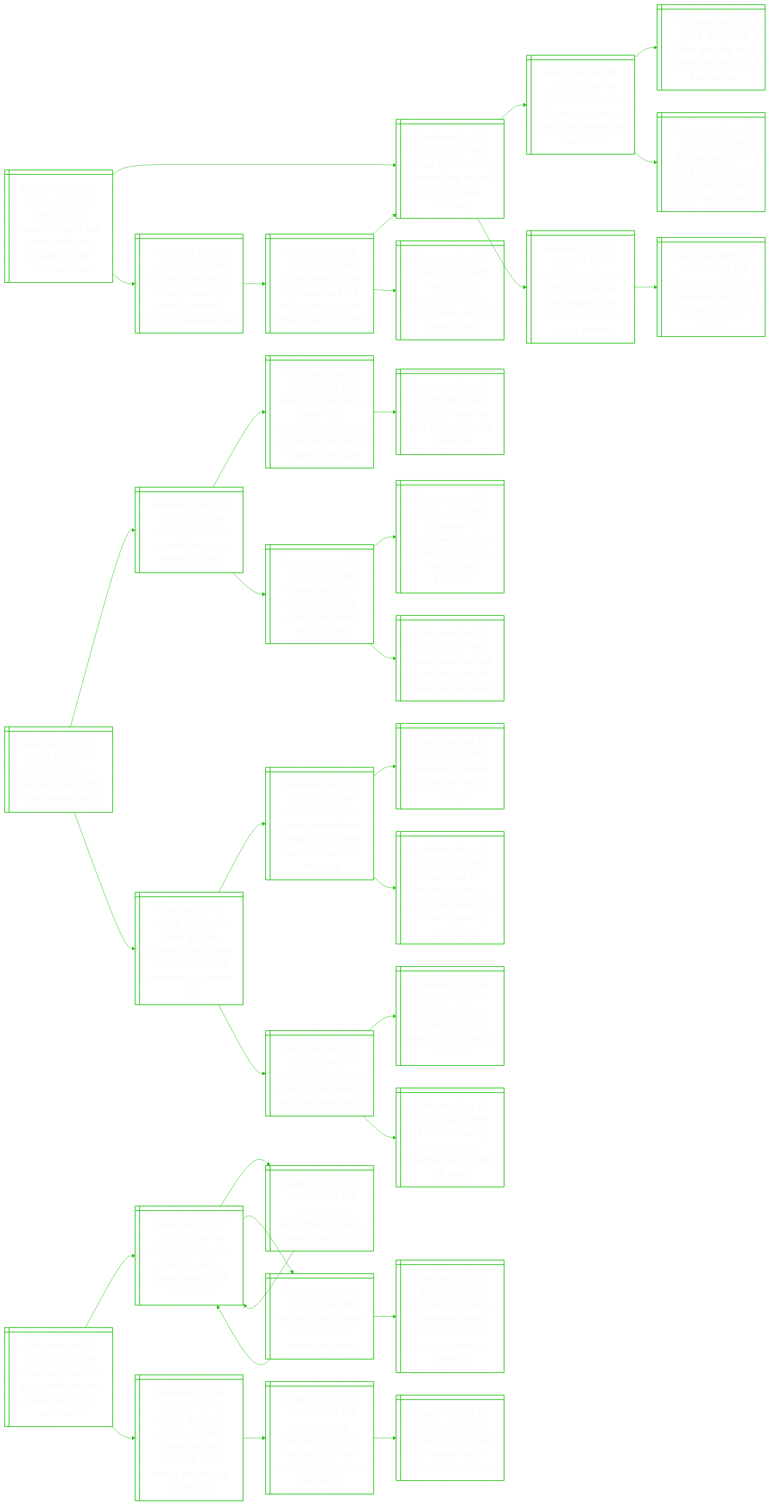
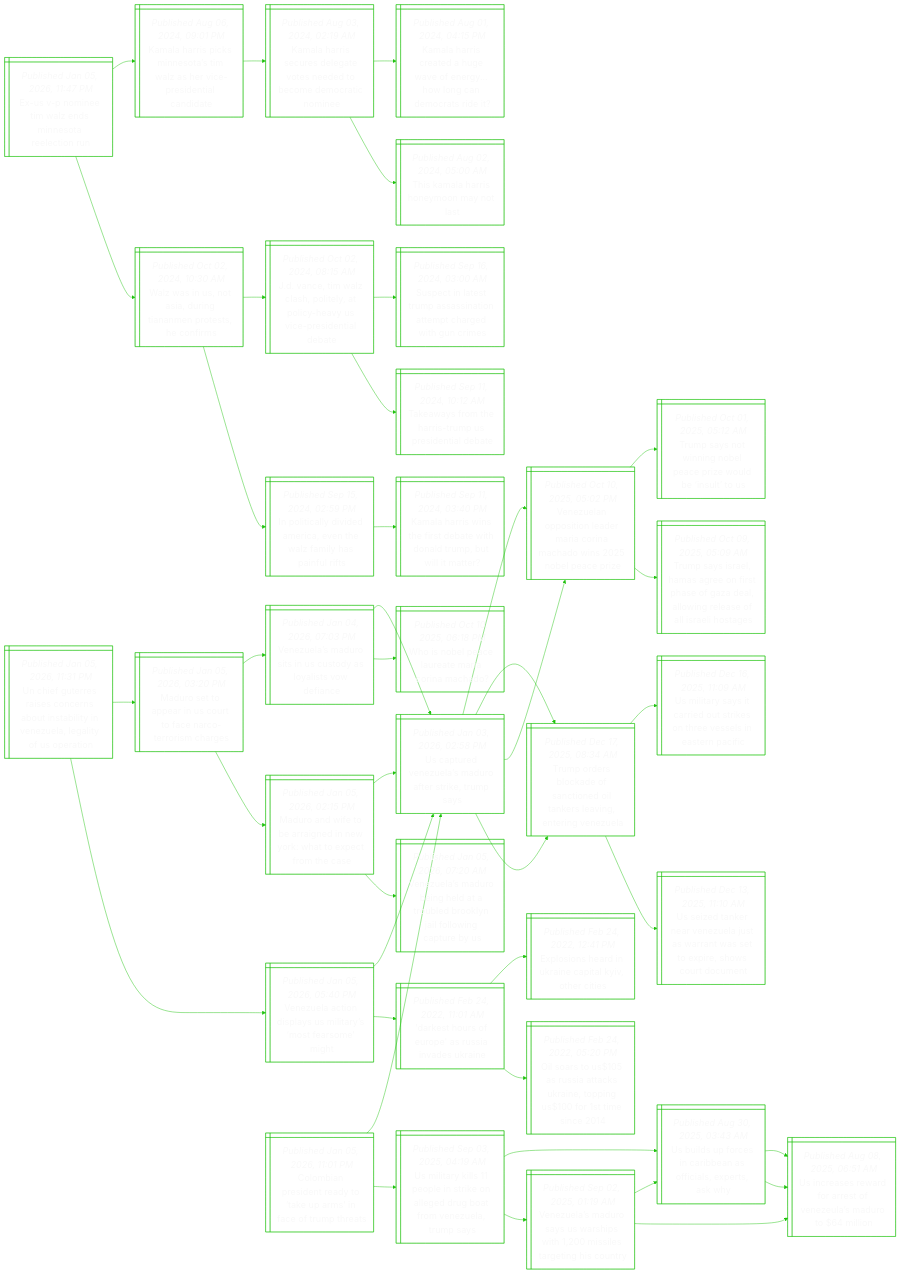
Before and after one commit to notJmes/notJmes: the diagram in README.md, drawn with Mermaid. The commit also changed other lines of this file, not shown here.

````diff
--- a/README.md
+++ b/README.md
@@ -16,112 +16,130 @@
 flowchart LR
 classDef txtsize font-size:20px;
 
-PLeunsatosfmi@{ shape: win-pane, label: "_Published Jan 05, 2026, 07:45 PM_
-Paris’ louvre museum opens but some parts stay closed as staff resume strike" }
-Ptineluiisey@{ shape: win-pane, label: "_Published Oct 19, 2025, 05:51 PM_
-Power tool-wielding thieves flee louvre with ‘priceless’ jewellery" }
-GpboiPoidaes@{ shape: win-pane, label: "_Published Apr 28, 2025, 01:06 PM_
-‘grandpa robbers’ go on trial in paris over kim kardashian jewel heist" }
-NegaTrah@{ shape: win-pane, label: "_Published Feb 20, 2025, 01:00 PM_
-Nike bets big on reality tv star kim kardashian" }
-Kriinucneida@{ shape: win-pane, label: "_Published May 17, 2023, 12:00 PM_
-Kim kardashian's $1.34 billion buyout pitch leans on her social media reach" }
-Gpssofemmnsrt@{ shape: win-pane, label: "_Published Jun 02, 2025, 11:15 PM_
-Greenpeace steals $59,000 macron wax figure from museum for anti-russia protest" }
-GpmglnolN@{ shape: win-pane, label: "_Published Mar 21, 2025, 02:52 PM_
-Greenpeace $880m damages ruling in us shocks global ngos" }
-Leforutnrnme@{ shape: win-pane, label: "_Published Dec 19, 2025, 06:50 PM_
-Louvre staff call off strike, museum to open ‘as normal’: unions, management" }
-Leteidlaerrsl@{ shape: win-pane, label: "_Published Oct 22, 2025, 02:52 AM_
-Louvre heist losses estimated at $133 million as museum director faces grilling" }
-Ptineluiisey@{ shape: win-pane, label: "_Published Oct 19, 2025, 05:51 PM_
-Power tool-wielding thieves flee louvre with ‘priceless’ jewellery" }
-PLeubhwitea@{ shape: win-pane, label: "_Published Oct 20, 2025, 02:36 AM_
-Paris’ louvre museum robbery: what jewels did the thieves steal?" }
+EPnmeioein@{ shape: win-pane, label: "_Published Jan 05, 2026, 11:47 PM_
+Ex-us v-p nominee tim walz ends minnesota reelection run" }
+KaiknaWsiencd@{ shape: win-pane, label: "_Published Aug 06, 2024, 09:01 PM_
+Kamala harris picks minnesota’s tim walz as her vice-presidential candidate" }
+Kaiuetedbeccn@{ shape: win-pane, label: "_Published Aug 03, 2024, 02:19 AM_
+Kamala harris secures delegate votes needed to become democratic nominee" }
+Kaiahaeyoncrt@{ shape: win-pane, label: "_Published Aug 01, 2024, 04:15 PM_
+Kamala harris created a huge wave of energy... how long can democrats ride it?" }
+TaHsymt@{ shape: win-pane, label: "_Published Aug 02, 2024, 05:00 AM_
+This kamala harris honeymoon may not last" }
+WaSsrimosns@{ shape: win-pane, label: "_Published Oct 02, 2024, 10:30 AM_
+Walz was in us, not asia, during tiananmen protests, he confirms" }
+JcWlolohUeiib@{ shape: win-pane, label: "_Published Oct 02, 2024, 08:15 AM_
+J.d. vance, tim walz clash, politely, at policy-heavy us vice-presidential debate" }
+ScaTasitcehr@{ shape: win-pane, label: "_Published Sep 16, 2024, 03:00 AM_
+Suspect in latest trump assassination attempt charged with gun crimes" }
+Twreimrelt@{ shape: win-pane, label: "_Published Sep 11, 2024, 10:12 AM_
+Takeaways from the harris-trump us presidential debate" }
+IilvAcnamani@{ shape: win-pane, label: "_Published Sep 15, 2024, 02:59 PM_
+In politically divided america, even the walz family has painful rifts" }
+KaisiewoTbla@{ shape: win-pane, label: "_Published Sep 11, 2024, 03:40 PM_
+Kamala harris wins the first debate with donald trump, but will it matter?" }
 
-PLeunsatosfmi:::txtsize --> Ptineluiisey:::txtsize
-Ptineluiisey:::txtsize --> GpboiPoidaes:::txtsize
-GpboiPoidaes:::txtsize --> NegaTrah:::txtsize
-GpboiPoidaes:::txtsize --> Kriinucneida:::txtsize
-Ptineluiisey:::txtsize --> Gpssofemmnsrt:::txtsize
-Gpssofemmnsrt:::txtsize --> GpmglnolN:::txtsize
-PLeunsatosfmi:::txtsize --> Leforutnrnme:::txtsize
-Leforutnrnme:::txtsize --> Leteidlaerrsl:::txtsize
-Leteidlaerrsl:::txtsize --> Ptineluiisey:::txtsize
-Leteidlaerrsl:::txtsize --> PLeubhwitea:::txtsize
+EPnmeioein:::txtsize --> KaiknaWsiencd:::txtsize
+KaiknaWsiencd:::txtsize --> Kaiuetedbeccn:::txtsize
+Kaiuetedbeccn:::txtsize --> Kaiahaeyoncrt:::txtsize
+Kaiuetedbeccn:::txtsize --> TaHsymt:::txtsize
+EPnmeioein:::txtsize --> WaSsrimosns:::txtsize
+WaSsrimosns:::txtsize --> JcWlolohUeiib:::txtsize
+JcWlolohUeiib:::txtsize --> ScaTasitcehr:::txtsize
+JcWlolohUeiib:::txtsize --> Twreimrelt:::txtsize
+WaSsrimosns:::txtsize --> IilvAcnamani:::txtsize
+IilvAcnamani:::txtsize --> KaisiewoTbla:::txtsize
 
-Sretaafnel@{ shape: win-pane, label: "_Published Jan 05, 2026, 07:25 PM_
-Snow cripples air, train and road traffic in the netherlands" }
-Tfsilcsow@{ shape: win-pane, label: "_Published Jan 04, 2026, 12:14 AM_
-Tens of thousands in berlin face days without power" }
-Gdsoesodifiatarl@{ shape: win-pane, label: "_Published May 14, 2025, 09:32 PM_
-Granada substation power loss pinpointed as origin of massive blackout in spain, portugal" }
-Lnmiluhe@{ shape: win-pane, label: "_Published May 04, 2025, 06:00 PM_
-Lessons from the first blackout of the green era" }
-Pbstfutiadu@{ shape: win-pane, label: "_Published Apr 29, 2025, 05:00 AM_
-Power begins to return after huge outage hits spain and portugal" }
-SbwrnSbhhybo@{ shape: win-pane, label: "_Published Apr 28, 2025, 10:45 PM_
-Scramble to withdraw money as spain brought to a halt by huge blackout" }
-Houpyafnoa@{ shape: win-pane, label: "_Published Apr 28, 2025, 08:57 PM_
-Huge power outage paralyses parts of spain and portugal" }
-Sgerhyrtfntsts@{ shape: win-pane, label: "_Published Oct 01, 2025, 03:09 PM_
-Swiss glaciers shrank sharply after light snowfall and heatwave, scientists say" }
-Gelbsznlnnkemn@{ shape: win-pane, label: "_Published May 28, 2025, 11:04 PM_
-Glacier collapse buries switzerland village in mud and rock, one person missing" }
-Mvkemssa@{ shape: win-pane, label: "_Published Jun 17, 2023, 01:13 AM_
-Massive rockslide just misses swiss village" }
-Fesavnkhhrrai@{ shape: win-pane, label: "_Published May 22, 2025, 05:55 PM_
-Four dead, 17 missing as heavy rains soak southern china, triggering landslides" }
-Sednecegaic@{ shape: win-pane, label: "_Published Sep 22, 2025, 06:46 PM_
-Switzerland’s ‘dying’ gries glacier melting at an alarming pace" }
-Stwgtsticoes@{ shape: win-pane, label: "_Published Sep 09, 2025, 07:00 PM_
-Scientists warn against plans to artificially cool polar regions" }
-Bfindlgeer@{ shape: win-pane, label: "_Published Aug 07, 2025, 04:59 PM_
-Body of missing man found on melting glacier after 28 years" }
+Ueersebniiealfeo@{ shape: win-pane, label: "_Published Jan 05, 2026, 11:31 PM_
+Un chief guterres raises concerns about instability in venezuela, legality of us operation" }
+MooaStccrmg@{ shape: win-pane, label: "_Published Jan 05, 2026, 03:20 PM_
+Maduro set to appear in us court to face narco-terrorism charges" }
+VuMoiuyytdn@{ shape: win-pane, label: "_Published Jan 04, 2026, 07:03 PM_
+Venezuela’s maduro sits in us custody as loyalists vow defiance" }
+UtVuMorkms@{ shape: win-pane, label: "_Published Jan 03, 2026, 02:58 PM_
+Us captured venezuela’s maduro after strike, trump says" }
+WNPlarrao@{ shape: win-pane, label: "_Published Oct 10, 2025, 06:18 PM_
+Who is nobel peace laureate maria corina machado?" }
+MoibadwWocma@{ shape: win-pane, label: "_Published Jan 05, 2026, 02:15 PM_
+Maduro and wife to be arraigned in new york: what to expect from the case" }
+UtVuMorkms@{ shape: win-pane, label: "_Published Jan 03, 2026, 02:58 PM_
+Us captured venezuela’s maduro after strike, trump says" }
+VuMogaodkalnty@{ shape: win-pane, label: "_Published Jan 05, 2026, 07:20 AM_
+Venezuela’s maduro being held at a troubled brooklyn jail following capture by us" }
+Vucdamaoaet@{ shape: win-pane, label: "_Published Jan 05, 2026, 05:40 PM_
+Venezuela action displays us military’s ‘most fearsome’ might" }
+UtVuMorkms@{ shape: win-pane, label: "_Published Jan 03, 2026, 02:58 PM_
+Us captured venezuela’s maduro after strike, trump says" }
+Vuoilranhibai@{ shape: win-pane, label: "_Published Oct 10, 2025, 05:02 PM_
+Venezuelan opposition leader maria corina machado wins 2025 nobel peace prize" }
+Toskftdasitgz@{ shape: win-pane, label: "_Published Dec 17, 2025, 08:34 AM_
+Trump orders blockade of sanctioned oil tankers leaving, entering venezuela" }
+DsruasvUn@{ shape: win-pane, label: "_Published Feb 24, 2022, 11:01 AM_
+'darkest hours of europe' as russia invades ukraine" }
+Eshiaalocs@{ shape: win-pane, label: "_Published Feb 24, 2022, 12:41 PM_
+Explosions heard in ukraine capital kyiv, other cities" }
+OaUuakaogrmc@{ shape: win-pane, label: "_Published Feb 24, 2022, 05:20 PM_
+Oil soars to us$105 as russia attacks ukraine, topping us$100 for 1st time since 2014" }
 
-Sretaafnel:::txtsize --> Tfsilcsow:::txtsize
-Tfsilcsow:::txtsize --> Gdsoesodifiatarl:::txtsize
-Gdsoesodifiatarl:::txtsize --> Lnmiluhe:::txtsize
-Tfsilcsow:::txtsize --> Pbstfutiadu:::txtsize
-Pbstfutiadu:::txtsize --> SbwrnSbhhybo:::txtsize
-Pbstfutiadu:::txtsize --> Houpyafnoa:::txtsize
-Sretaafnel:::txtsize --> Sgerhyrtfntsts:::txtsize
-Sgerhyrtfntsts:::txtsize --> Gelbsznlnnkemn:::txtsize
-Gelbsznlnnkemn:::txtsize --> Mvkemssa:::txtsize
-Gelbsznlnnkemn:::txtsize --> Fesavnkhhrrai:::txtsize
-Sgerhyrtfntsts:::txtsize --> Sednecegaic:::txtsize
-Sednecegaic:::txtsize --> Stwgtsticoes:::txtsize
-Sednecegaic:::txtsize --> Bfindlgeer:::txtsize
+Ueersebniiealfeo:::txtsize --> MooaStccrmg:::txtsize
+MooaStccrmg:::txtsize --> VuMoiuyytdn:::txtsize
+VuMoiuyytdn:::txtsize --> UtVuMorkms:::txtsize
+VuMoiuyytdn:::txtsize --> WNPlarrao:::txtsize
+MooaStccrmg:::txtsize --> MoibadwWocma:::txtsize
+MoibadwWocma:::txtsize --> UtVuMorkms:::txtsize
+MoibadwWocma:::txtsize --> VuMogaodkalnty:::txtsize
+Ueersebniiealfeo:::txtsize --> Vucdamaoaet:::txtsize
+Vucdamaoaet:::txtsize --> UtVuMorkms:::txtsize
+UtVuMorkms:::txtsize --> Vuoilranhibai:::txtsize
+UtVuMorkms:::txtsize --> Toskftdasitgz:::txtsize
+Vucdamaoaet:::txtsize --> DsruasvUn:::txtsize
+DsruasvUn:::txtsize --> Eshiaalocs:::txtsize
+DsruasvUn:::txtsize --> OaUuakaogrmc:::txtsize
 
-IlbGecsdCde@{ shape: win-pane, label: "_Published Jan 05, 2026, 06:44 PM_
-Israel says ban on gaza media access should stay: court document" }
-NyeeawHakl@{ shape: win-pane, label: "_Published Oct 07, 2023, 12:04 PM_
-Netanyahu declares israel at war as hamas attacks kill over 100" }
-WzptIleint@{ shape: win-pane, label: "_Published Oct 07, 2023, 05:15 PM_
-Why gaza is epicentre of israeli-palestinian conflict" }
-NyeeawHakl@{ shape: win-pane, label: "_Published Oct 07, 2023, 12:04 PM_
-Netanyahu declares israel at war as hamas attacks kill over 100" }
-Wiceapaks@{ shape: win-pane, label: "_Published Oct 07, 2023, 06:44 PM_
-World in shock after hamas surprise attacks on israel" }
-NyeeawHakl@{ shape: win-pane, label: "_Published Oct 07, 2023, 12:04 PM_
-Netanyahu declares israel at war as hamas attacks kill over 100" }
-SptldtrcIlsnic@{ shape: win-pane, label: "_Published Oct 07, 2023, 10:24 PM_
-Singapore strongly condemns terror attacks on israel, calls for end to violence" }
-Tdrcaaededlncbs@{ shape: win-pane, label: "_Published Oct 14, 2025, 07:45 PM_
-Trump declares victory as gaza ceasefire deal reached, but a lasting peace may be elusive" }
-PflcoMeNelale@{ shape: win-pane, label: "_Published Oct 14, 2025, 12:05 AM_
-Peace finally descends on the middle east: now the battle to make it last begins" }
-TjIlmnest@{ shape: win-pane, label: "_Published Oct 13, 2025, 03:10 PM_
-Tears, joy in israel as hamas hands over first hostages" }
+Cbreatpieur@{ shape: win-pane, label: "_Published Jan 05, 2026, 11:01 PM_
+Colombian president ready to ‘take up arms’ in face of trump threats" }
+UtVuMorkms@{ shape: win-pane, label: "_Published Jan 03, 2026, 02:58 PM_
+Us captured venezuela’s maduro after strike, trump says" }
+Vuoilranhibai@{ shape: win-pane, label: "_Published Oct 10, 2025, 05:02 PM_
+Venezuelan opposition leader maria corina machado wins 2025 nobel peace prize" }
+TsonoeroelS@{ shape: win-pane, label: "_Published Oct 01, 2025, 05:12 AM_
+Trump says not winning nobel peace prize would be ‘insult’ to us" }
+TssHaossaaorslaoe@{ shape: win-pane, label: "_Published Oct 09, 2025, 05:09 AM_
+Trump says israel, hamas agree on first phase of gaza deal, allowing release of all israeli hostages" }
+Toskftdasitgz@{ shape: win-pane, label: "_Published Dec 17, 2025, 08:34 AM_
+Trump orders blockade of sanctioned oil tankers leaving, entering venezuela" }
+Uistitktvlanf@{ shape: win-pane, label: "_Published Dec 16, 2025, 11:09 AM_
+Us military says it carried out strikes on three vessels in eastern pacific" }
+Uznenltrwtphoon@{ shape: win-pane, label: "_Published Dec 13, 2025, 11:10 AM_
+Us seized tanker near venezuela just as warrant was set to expire, shows court document" }
+UikperngutVura@{ shape: win-pane, label: "_Published Sep 03, 2025, 04:19 AM_
+Us military kills 11 people in strike on alleged drug boat from venezuela, trump says" }
+Ulfsrafapay@{ shape: win-pane, label: "_Published Aug 30, 2025, 03:43 AM_
+Us builds up forces in caribbean as officials, experts, ask why" }
+Ursratnldoi@{ shape: win-pane, label: "_Published Aug 08, 2025, 06:51 AM_
+Us increases reward for arrest of venezeula’s maduro to $64 million" }
+Ursratnldoi@{ shape: win-pane, label: "_Published Aug 08, 2025, 06:51 AM_
+Us increases reward for arrest of venezeula’s maduro to $64 million" }
+VuMoUswieggoy@{ shape: win-pane, label: "_Published Sep 02, 2025, 01:19 AM_
+Venezuela’s maduro says us warships with 1,200 missiles targeting his country" }
+Ulfsrafapay@{ shape: win-pane, label: "_Published Aug 30, 2025, 03:43 AM_
+Us builds up forces in caribbean as officials, experts, ask why" }
+Ursratnldoi@{ shape: win-pane, label: "_Published Aug 08, 2025, 06:51 AM_
+Us increases reward for arrest of venezeula’s maduro to $64 million" }
 
-IlbGecsdCde:::txtsize --> NyeeawHakl:::txtsize
-NyeeawHakl:::txtsize --> WzptIleint:::txtsize
-WzptIleint:::txtsize --> NyeeawHakl:::txtsize
-NyeeawHakl:::txtsize --> Wiceapaks:::txtsize
-Wiceapaks:::txtsize --> NyeeawHakl:::txtsize
-Wiceapaks:::txtsize --> SptldtrcIlsnic:::txtsize
-IlbGecsdCde:::txtsize --> Tdrcaaededlncbs:::txtsize
-Tdrcaaededlncbs:::txtsize --> PflcoMeNelale:::txtsize
-PflcoMeNelale:::txtsize --> TjIlmnest:::txtsize
+Cbreatpieur:::txtsize --> UtVuMorkms:::txtsize
+UtVuMorkms:::txtsize --> Vuoilranhibai:::txtsize
+Vuoilranhibai:::txtsize --> TsonoeroelS:::txtsize
+Vuoilranhibai:::txtsize --> TssHaossaaorslaoe:::txtsize
+UtVuMorkms:::txtsize --> Toskftdasitgz:::txtsize
+Toskftdasitgz:::txtsize --> Uistitktvlanf:::txtsize
+Toskftdasitgz:::txtsize --> Uznenltrwtphoon:::txtsize
+Cbreatpieur:::txtsize --> UikperngutVura:::txtsize
+UikperngutVura:::txtsize --> Ulfsrafapay:::txtsize
+Ulfsrafapay:::txtsize --> Ursratnldoi:::txtsize
+Ulfsrafapay:::txtsize --> Ursratnldoi:::txtsize
+UikperngutVura:::txtsize --> VuMoUswieggoy:::txtsize
+VuMoUswieggoy:::txtsize --> Ulfsrafapay:::txtsize
+VuMoUswieggoy:::txtsize --> Ursratnldoi:::txtsize
 
 ```
````
